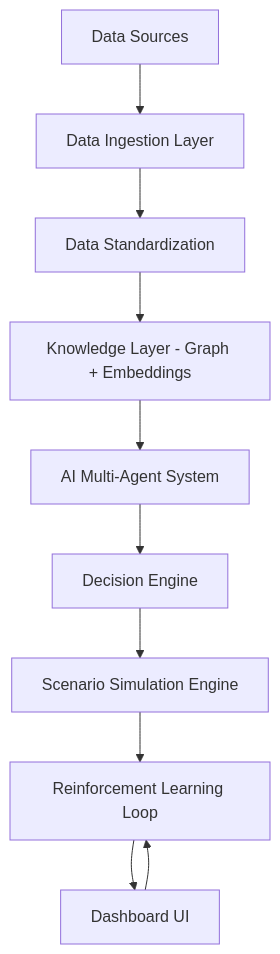
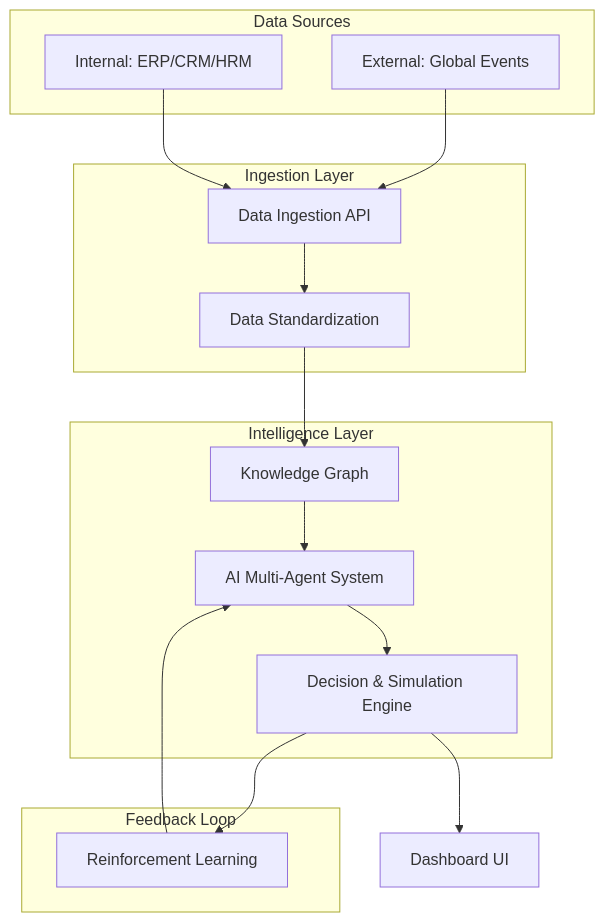
One commit to MADHAVAN200/AI-powered-Consultant-Evaluation-Platform changed the first of 2 diagrams in README.md. Above: the diagram before and after it, drawn with Mermaid. The commit also changed other lines of this file, not shown here.

Commit message:
Professionalized README with detailed architecture and sequence diagrams

````diff
--- a/README.md
+++ b/README.md
@@ -37,12 +36,32 @@
 ```mermaid
 graph TD
-    A[Data Sources] --> B[Data Ingestion Layer]
-    B --> C[Data Standardization]
-    C --> D[Knowledge Layer - Graph + Embeddings]
-    D --> E[AI Multi-Agent System]
-    E --> F[Decision Engine]
-    F --> G[Scenario Simulation Engine]
-    G --> H[Reinforcement Learning Loop]
-    H --> I[Dashboard UI]
-    I --> H
+    subgraph Data Sources
+        S1[External: Global Events]
+        S2[Internal: ERP/CRM/HRM]
+    end
+    
+    subgraph Ingestion Layer
+        I1[Data Ingestion API]
+        I2[Data Standardization]
+    end
+    
+    subgraph Intelligence Layer
+        K1[Knowledge Graph]
+        E1[AI Multi-Agent System]
+        S3[Decision & Simulation Engine]
+    end
+    
+    subgraph Feedback Loop
+        RL[Reinforcement Learning]
+    end
+    
+    S1 --> I1
+    S2 --> I1
+    I1 --> I2
+    I2 --> K1
+    K1 --> E1
+    E1 --> S3
+    S3 --> RL
+    RL --> E1
+    S3 --> DASH[Dashboard UI]
 ```
````
